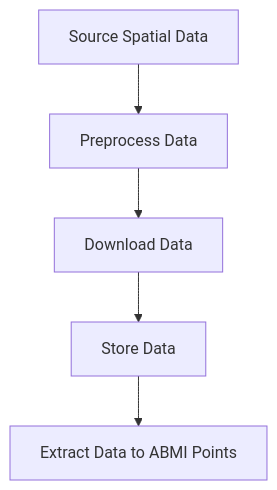
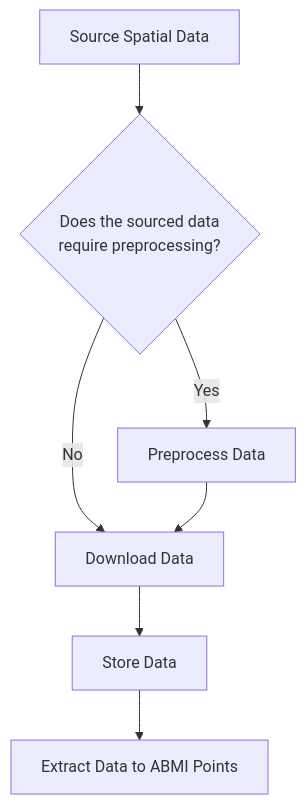
The diagram in README.md (bgcasey/geospatial_catalog_and_management_guide), drawn with Mermaid before and after one commit. The commit also changed other lines of this file, not shown here.

````diff
--- a/README.md
+++ b/README.md
@@ -123,9 +112,12 @@
 ```mermaid
 graph TD
-    A[Source Spatial Data] --> B[Preprocess Data]
-    B --> C[Download Data]
-    C --> D[Store Data]
-    D --> E[Extract Data to ABMI Points]
+    A[Source Spatial Data] --> B{Does the sourced data <br> require preprocessing?}
+    B -->|Yes| C[Preprocess Data]
+    B -->|No| D[Download Data]
+    C --> D[Download Data]
+    D --> E[Store Data]
+    E --> F[Extract Data to ABMI Points]
 
     click A href "https://github.com/bgcasey/spatial_data_catalog/blob/main/predictor_variable_list.csv" "Go to Predictor Variable List"
+
 ```
````
